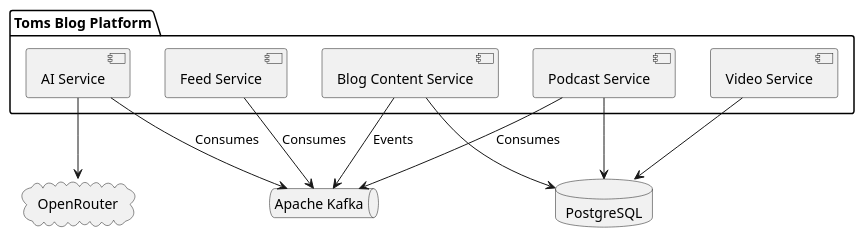
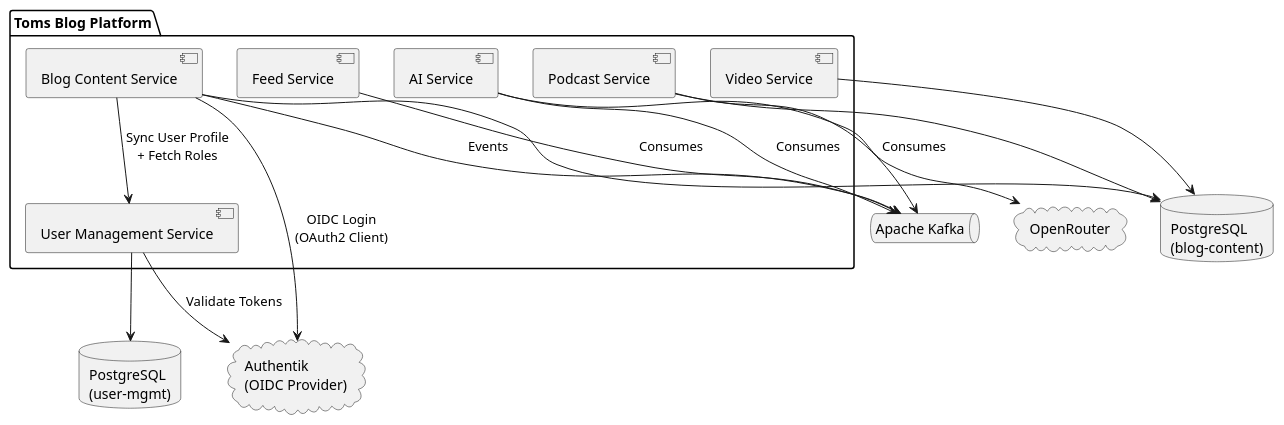
One commit to tomirgang/tomsblog changed the diagram in docs/arc42/modules/ROOT/partials/plantuml/building-blocks-l1.puml. Above: the diagram before and after it, drawn with PlantUML. The commit also changed 93 other files, not shown here.

Commit message:
add user management

```diff
--- a/docs/arc42/modules/ROOT/partials/plantuml/building-blocks-l1.puml
+++ b/docs/arc42/modules/ROOT/partials/plantuml/building-blocks-l1.puml
@@ -1,22 +1,29 @@
 @startuml
 package "Toms Blog Platform" {
   [Blog Content Service] as blog
+  [User Management Service] as usermgmt
   [Feed Service] as feed
   [AI Service] as ai
   [Podcast Service] as podcast
   [Video Service] as video
 }
 
-database "PostgreSQL" as db
+cloud "Authentik\n(OIDC Provider)" as authentik
+database "PostgreSQL\n(blog-content)" as db_blog
+database "PostgreSQL\n(user-mgmt)" as db_user
 queue "Apache Kafka" as kafka
 cloud "OpenRouter" as openrouter
 
-blog --> db
+blog --> db_blog
+blog --> authentik : OIDC Login\n(OAuth2 Client)
+blog --> usermgmt : Sync User Profile\n+ Fetch Roles
+usermgmt --> db_user
+usermgmt --> authentik : Validate Tokens
 blog --> kafka : Events
 feed --> kafka : Consumes
 ai --> kafka : Consumes
 ai --> openrouter
 podcast --> kafka : Consumes
-podcast --> db
-video --> db
+podcast --> db_blog
+video --> db_blog
 @enduml
```
